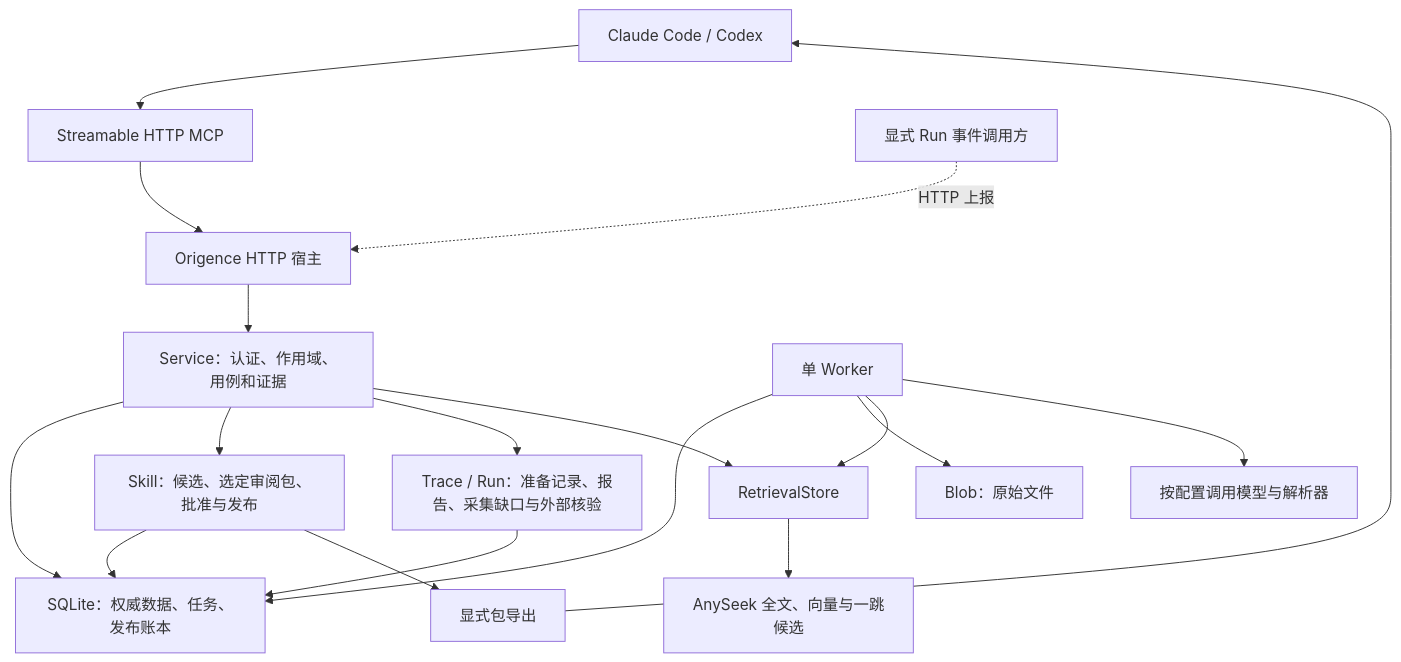
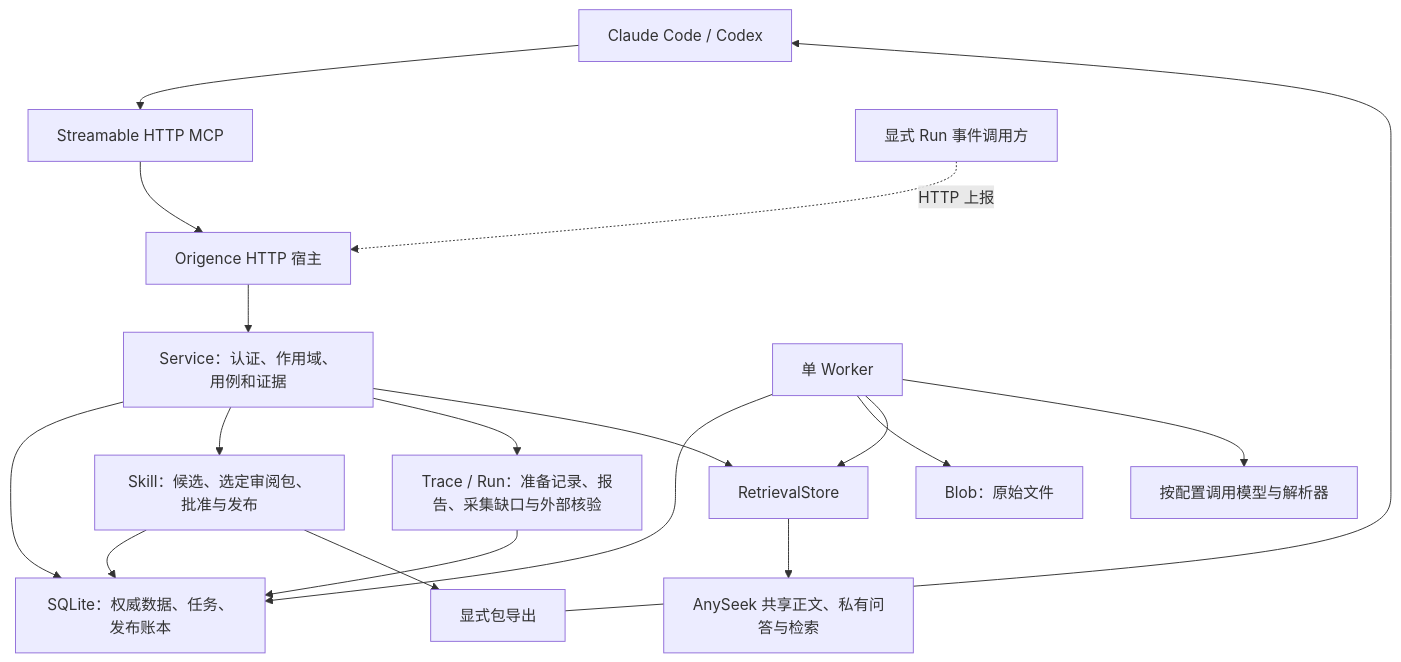
The diagram in docs/design/current-implementation.md (TheLudlows/Origence), drawn with Mermaid before and after one commit. The commit also changed other lines of this file and 5 other files, not shown here.

````diff
--- a/docs/design/current-implementation.md
+++ b/docs/design/current-implementation.md
@@ -18,20 +20,20 @@
 ```mermaid
 flowchart TD
     C[Claude Code / Codex] --> M[Streamable HTTP MCP]
     M --> H[Origence HTTP 宿主]
     H --> S[Service：认证、作用域、用例和证据]
     S --> A[SQLite：权威数据、任务、发布账本]
     S --> K[Skill：候选、选定审阅包、批准与发布]
     K --> A
     K --> E[显式包导出]
     E --> C
     S --> O[Trace / Run：准备记录、报告、采集缺口与外部核验]
     O --> A
     X[显式 Run 事件调用方] -. HTTP 上报 .-> H
     W[单 Worker] --> A
     W --> B[Blob：原始文件]
     W --> R[RetrievalStore]
     S --> R
-    R --> F[AnySeek 全文、向量与一跳候选]
+    R --> F[AnySeek 共享正文、私有问答与检索]
     W --> P[按配置调用模型与解析器]
 ```
````
